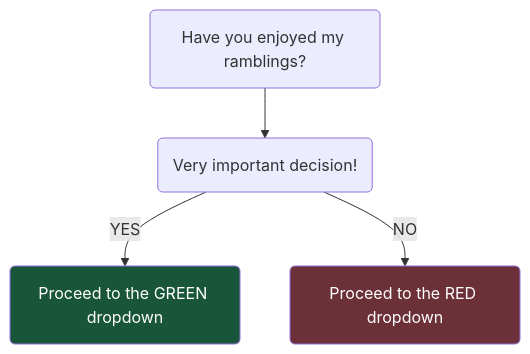
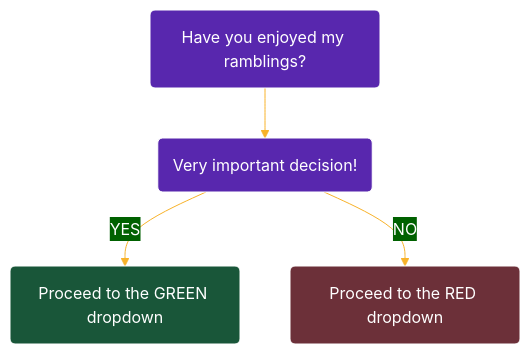
The diagram in content/posts/hello-world/index.md (abukhi148/abukhi148.github.io), drawn with Mermaid before and after one commit. The commit also changed other lines of this file, not shown here.

Commit message:
mermaid fix, stupid hugo version bug

```diff
--- a/content/posts/hello-world/index.md
+++ b/content/posts/hello-world/index.md
@@ -56,8 +55,18 @@
 {{< mermaid >}}
-graph TD
+%%{init: {'theme': 'base',
+  'themeVariables': {
+    'primaryColor': '#5827ae',
+    'primaryTextColor': '#fff',
+    'primaryBorderColor': '#fff',
+    'secondaryColor': '#006100',
+    'secondaryBorderColor': '#ffff',
+    'lineColor': '#f8b229',
+    'tertiaryColor': '#ffffff',
+    'fontFamily':'monospace'}}}%%
+graph TD;
     A(Have you enjoyed my ramblings?) --> Answer(Very important decision!)
     Answer -->|YES| 1(Proceed to the GREEN dropdown)
     Answer -->|NO| 2(Proceed to the RED dropdown)
     style 1 fill:#195639,color:#fff
     style 2 fill:#6c3039,color:#fff
 {{< /mermaid >}}
```
